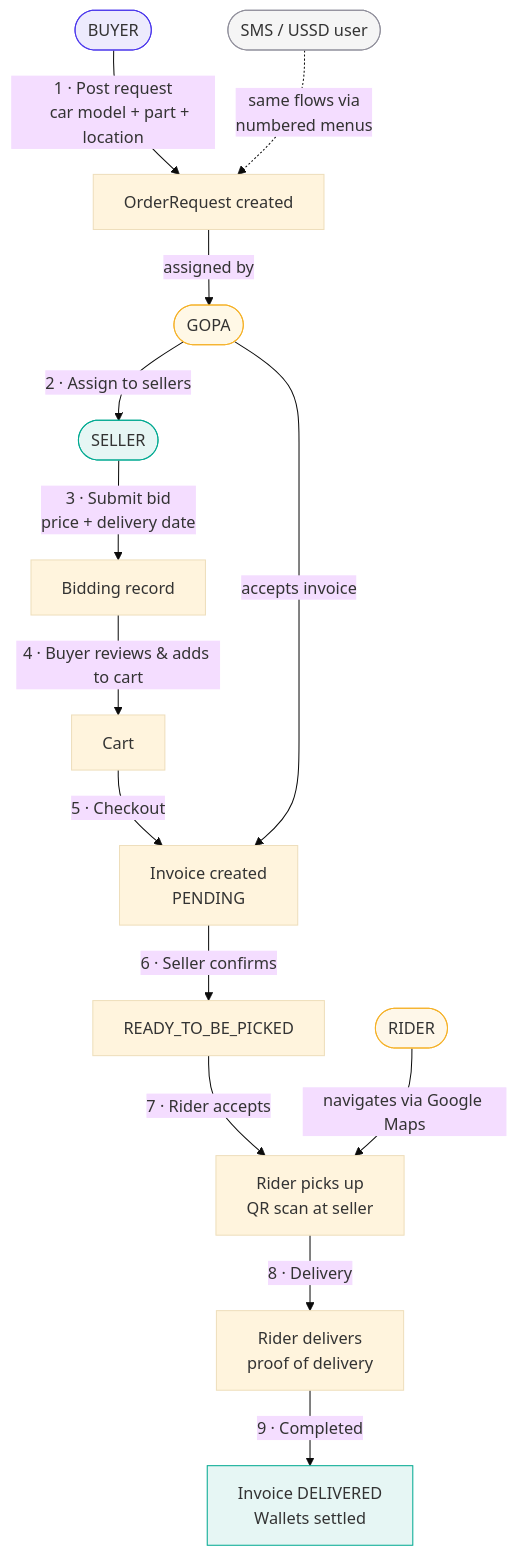
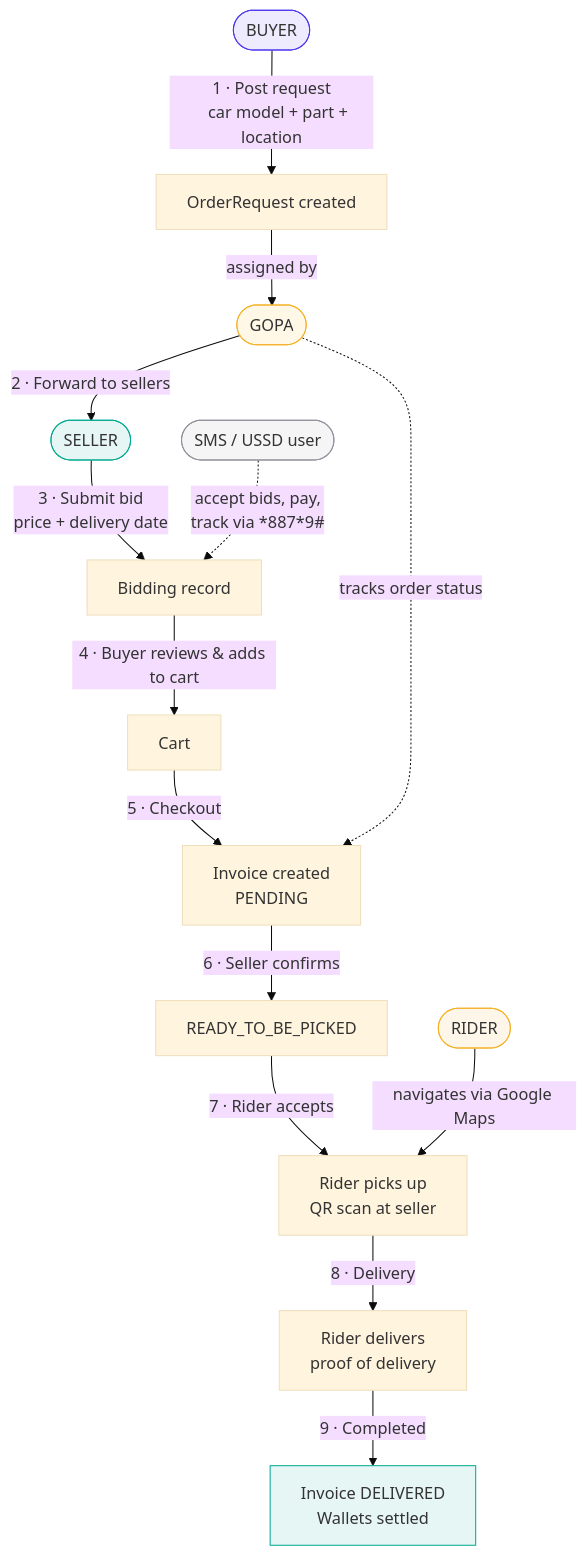
The second of 2 diagrams in docs/architecture.md (spepas-dev/spepas-website), drawn with Mermaid (base theme) before and after one commit. The commit also changed other lines of this file and 5 other files, not shown here.

First line of the commit message:
docs: update USSD/GOPA references and split test plan from results

````diff
--- a/docs/architecture.md
+++ b/docs/architecture.md
@@ -483,32 +489,32 @@
 ```mermaid
 flowchart TD
     B(["BUYER"]) -->|"1 · Post request
     car model + part + location"| REQ["OrderRequest created"]
     REQ -->|"assigned by"| GOPA(["GOPA"])
-    GOPA -->|"2 · Assign to sellers"| S(["SELLER"])
+    GOPA -->|"2 · Forward to sellers"| S(["SELLER"])
     S -->|"3 · Submit bid
     price + delivery date"| BID["Bidding record"]
     BID -->|"4 · Buyer reviews & adds to cart"| CART["Cart"]
     CART -->|"5 · Checkout"| INV["Invoice created
     PENDING"]
-    GOPA -->|"accepts invoice"| INV
+    GOPA -.->|"tracks order status"| INV
     INV -->|"6 · Seller confirms"| READY["READY_TO_BE_PICKED"]
     READY -->|"7 · Rider accepts"| PICKUP["Rider picks up
     QR scan at seller"]
     PICKUP -->|"8 · Delivery"| DELIVER["Rider delivers
     proof of delivery"]
     DELIVER -->|"9 · Completed"| DONE["Invoice DELIVERED
     Wallets settled"]
 
     R(["RIDER"]) -->|"navigates via Google Maps"| PICKUP
 
-    USSD(["SMS / USSD user"]) -.->|"same flows via
-    numbered menus"| REQ
+    USSD(["SMS / USSD user"]) -.->|"accept bids, pay,
+    track via *887*9#"| BID
 
     style B fill:#edebfd,stroke:#4A36EC
     style S fill:#e6f6f4,stroke:#00a991
     style GOPA fill:#fff8e6,stroke:#F5B127
     style R fill:#fef7e9,stroke:#F5B127
     style USSD fill:#f5f5f5,stroke:#908f9b
     style DONE fill:#e6f6f4,stroke:#00a991
 ```
````
